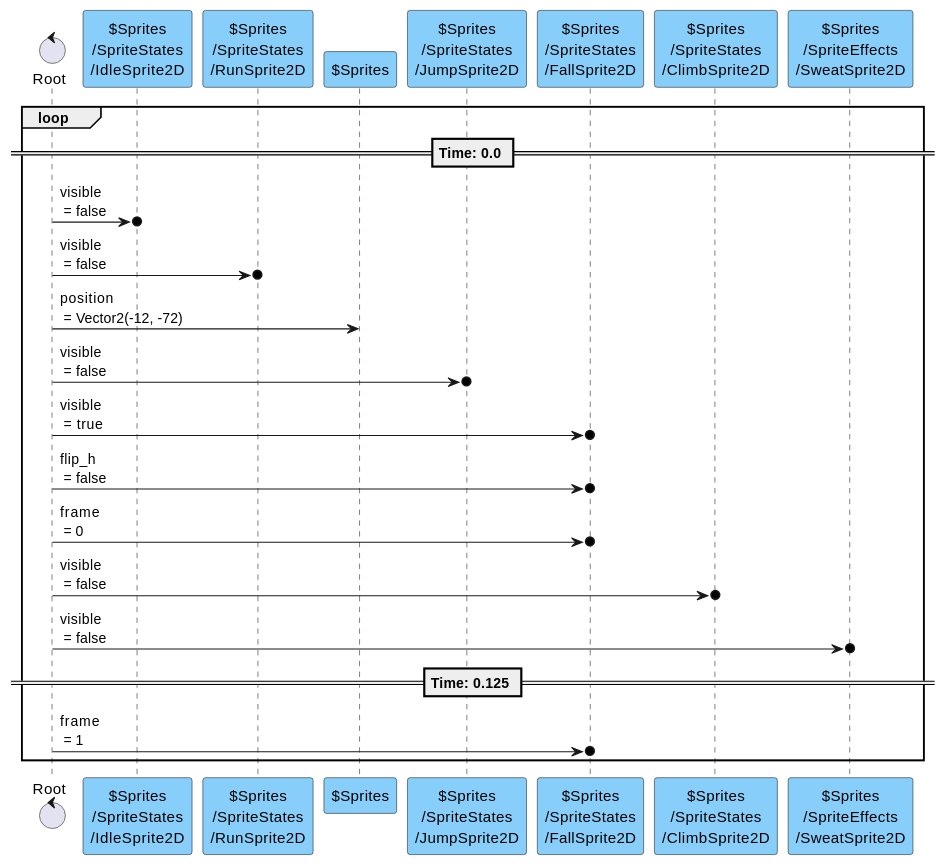
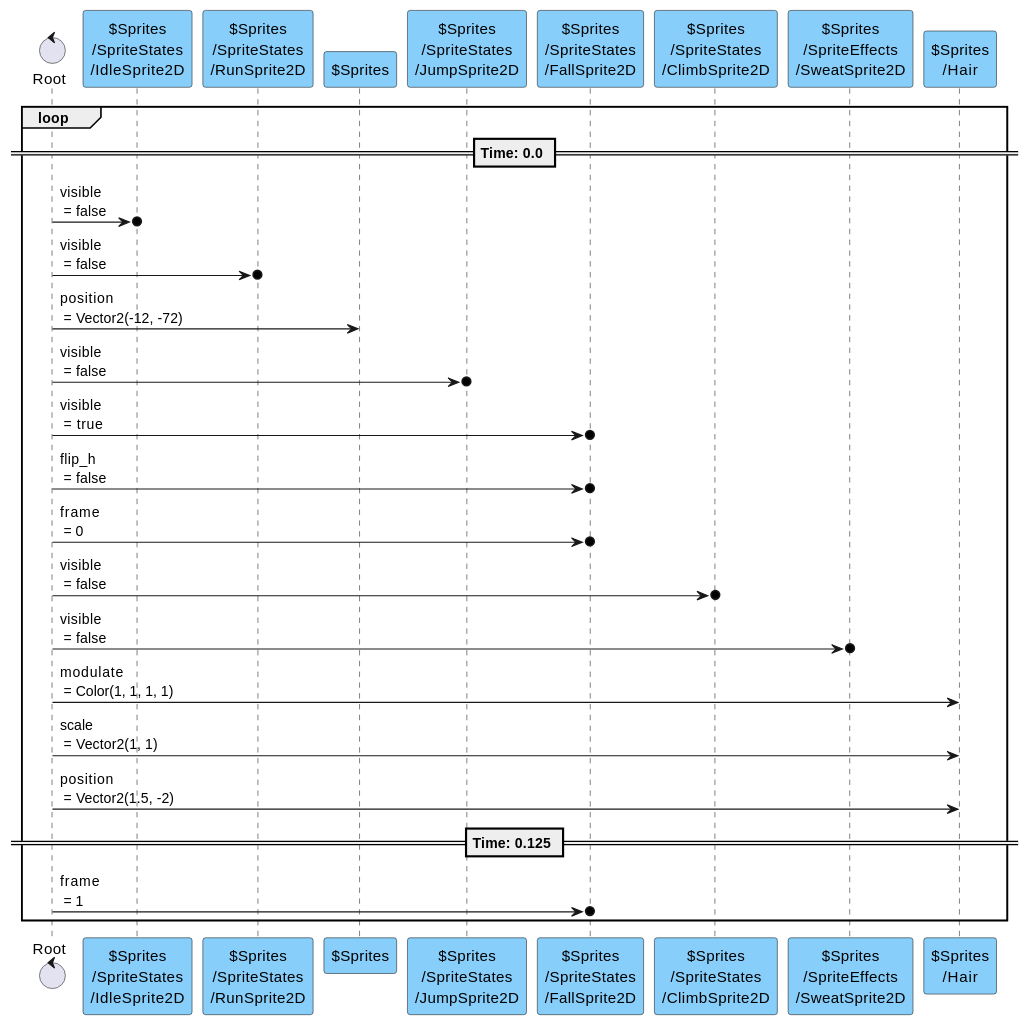
The sixth of 13 diagrams in content/scenes/src/player/player.tscn.adoc (tkmfujise/Platformer-Game-Learning), drawn with PlantUML before and after one commit. The commit also changed other lines of this file and 317 other files, not shown here.

```diff
--- a/content/scenes/src/player/player.tscn.adoc
+++ b/content/scenes/src/player/player.tscn.adoc
@@ -724,28 +793,32 @@
 [plantuml]
 ....
 control "Root" as R
 participant "$Sprites\n/SpriteStates\n/IdleSprite2D" as T0 #87CEFA
 participant "$Sprites\n/SpriteStates\n/RunSprite2D" as T1 #87CEFA
 participant "$Sprites" as T2 #87CEFA
 participant "$Sprites\n/SpriteStates\n/JumpSprite2D" as T3 #87CEFA
 participant "$Sprites\n/SpriteStates\n/FallSprite2D" as T4 #87CEFA
 participant "$Sprites\n/SpriteStates\n/ClimbSprite2D" as T7 #87CEFA
 participant "$Sprites\n/SpriteEffects\n/SweatSprite2D" as T8 #87CEFA
+participant "$Sprites\n/Hair" as T9 #87CEFA
 
 
 loop
 == Time: 0.0 ==
 R  ->o  T0 : visible\n = false
 R  ->o  T1 : visible\n = false
 R  ->  T2 : position\n = Vector2(-12, -72)
 R  ->o  T3 : visible\n = false
 R  ->o  T4 : visible\n = true
 R  ->o  T4 : flip_h\n = false
 R  ->o  T4 : frame\n = 0
 R  ->o  T7 : visible\n = false
 R  ->o  T8 : visible\n = false
+R  ->  T9 : modulate\n = Color(1, 1, 1, 1)
+R  ->  T9 : scale\n = Vector2(1, 1)
+R  ->  T9 : position\n = Vector2(1.5, -2)
 == Time: 0.125 ==
 R  ->o  T4 : frame\n = 1
 
 end
 ....
```
